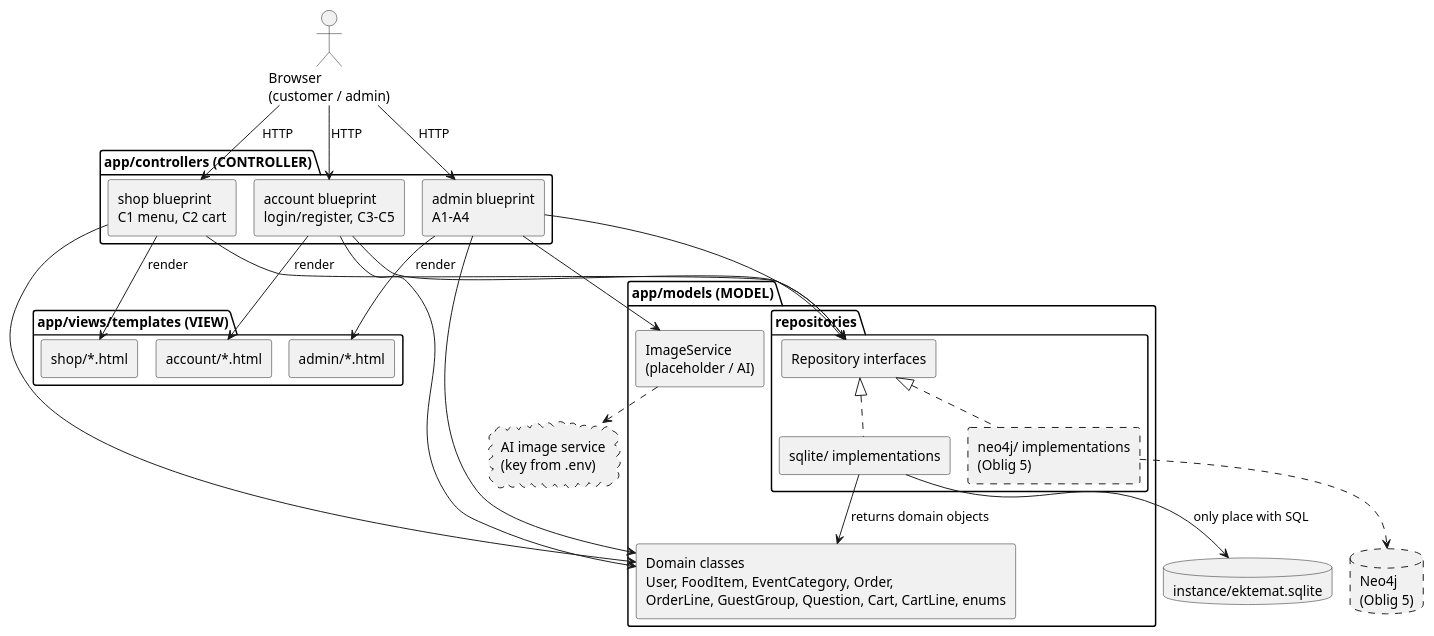
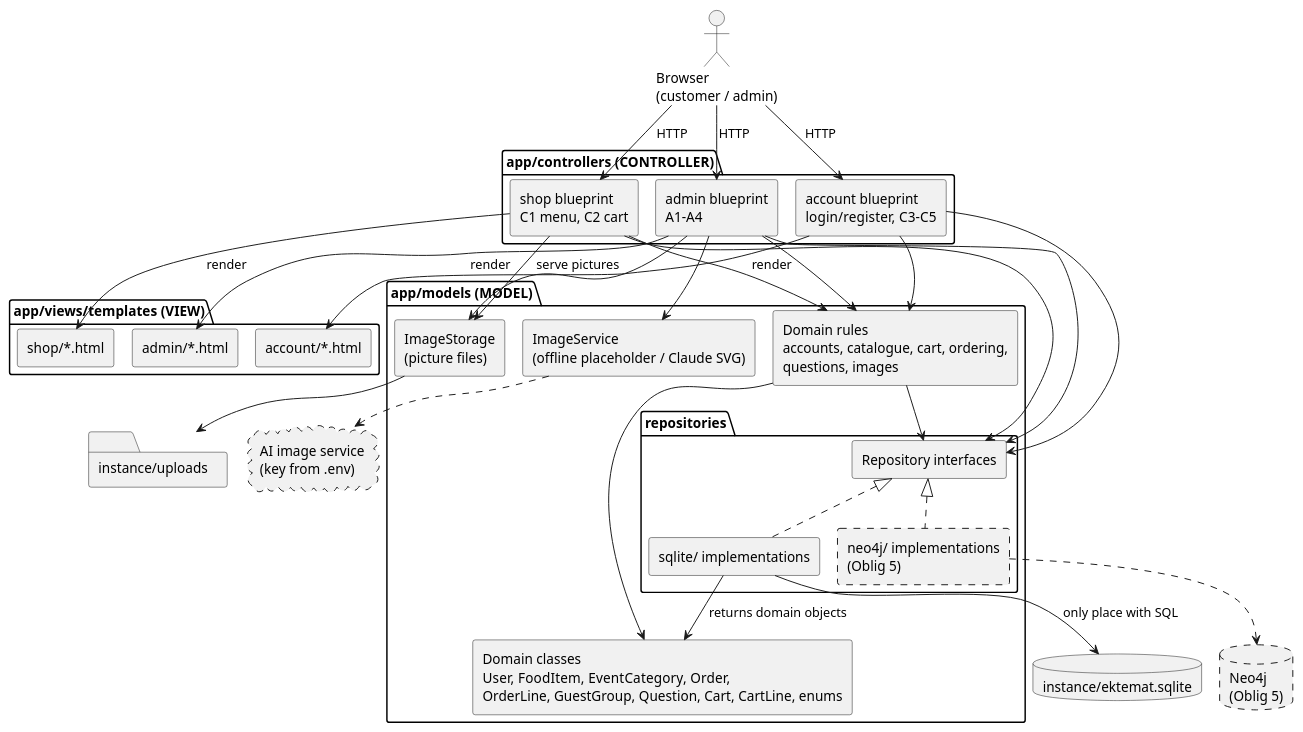
The diagram in docs/design/mvc-architecture.puml (Marensundt/Oblig4-INFO212), drawn with PlantUML before and after one commit. The commit also changed 2 other files, not shown here.

Commit message:
Update MVC diagram to the final code and record the diagram check

```diff
--- a/docs/design/mvc-architecture.puml
+++ b/docs/design/mvc-architecture.puml
@@ -1,53 +1,61 @@
 @startuml mvc-architecture
-' Ekte Mat Online — MVC architecture sketch (OB4 §3; 01-plan §3, §6)
+' Ekte Mat Online — MVC architecture sketch (OB4 §3; 01-plan §3, §6). Updated 2026-10-29 to match the code (phase 10).
 !pragma layout smetana
 skinparam componentStyle rectangle
 
 actor "Browser\n(customer / admin)" as Browser
 
 package "app/views/templates (VIEW)" {
   [shop/*.html] as VShop
   [account/*.html] as VAccount
   [admin/*.html] as VAdmin
 }
 
 package "app/controllers (CONTROLLER)" {
   [shop blueprint\nC1 menu, C2 cart] as CShop
   [account blueprint\nlogin/register, C3–C5] as CAccount
   [admin blueprint\nA1–A4] as CAdmin
 }
 
 package "app/models (MODEL)" {
   [Domain classes\nUser, FoodItem, EventCategory, Order,\nOrderLine, GuestGroup, Question, Cart, CartLine, enums] as Domain
-  [ImageService\n(placeholder / AI)] as Img
+  [Domain rules\naccounts, catalogue, cart, ordering,\nquestions, images] as Rules
+  [ImageService\n(offline placeholder / Claude SVG)] as Img
+  [ImageStorage\n(picture files)] as Files
   package "repositories" {
     [Repository interfaces] as IRepo
     [sqlite/ implementations] as SqliteRepo
     [neo4j/ implementations\n(Oblig 5)] as NeoRepo #line.dashed
   }
 }
 
 database "instance/ektemat.sqlite" as DB
+folder "instance/uploads" as Uploads
 database "Neo4j\n(Oblig 5)" as Neo #line.dashed
 cloud "AI image service\n(key from .env)" as AI #line.dashed
 
 Browser --> CShop : HTTP
 Browser --> CAccount : HTTP
 Browser --> CAdmin : HTTP
 CShop --> VShop : render
 CAccount --> VAccount : render
 CAdmin --> VAdmin : render
-CShop --> Domain
-CAccount --> Domain
-CAdmin --> Domain
+CShop --> Rules
+CAccount --> Rules
+CAdmin --> Rules
+Rules --> Domain
+Rules --> IRepo
 CShop --> IRepo
 CAccount --> IRepo
 CAdmin --> IRepo
 CAdmin --> Img
+CAdmin --> Files
+CShop --> Files : serve pictures
+Files --> Uploads
 Img ..> AI
 IRepo <|.. SqliteRepo
 IRepo <|.. NeoRepo
 SqliteRepo --> DB : only place with SQL
 NeoRepo ..> Neo
 SqliteRepo --> Domain : returns domain objects
 @enduml
```
